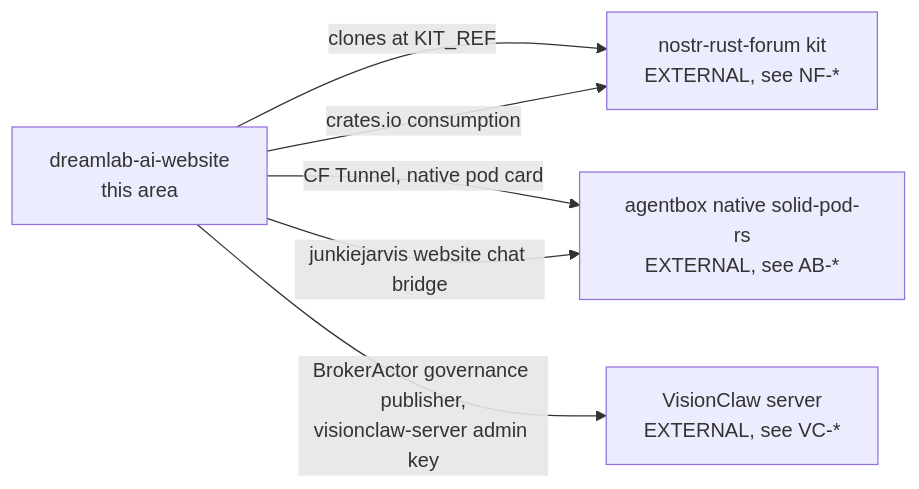
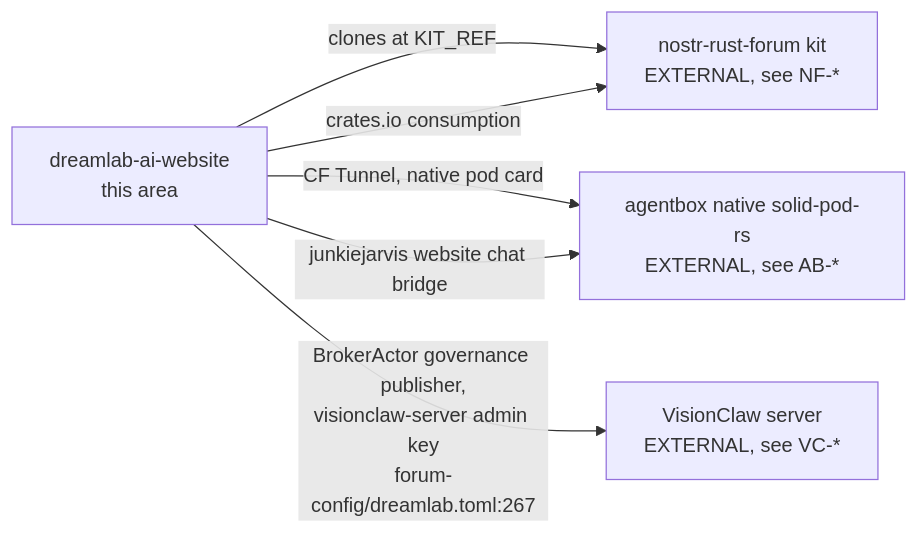
One commit to DreamLab-AI/VisionFlow changed the eighth of 8 diagrams in docs/diagrams/dreamlab-ai-website/01-repo-composition-and-deploy-topology.md. Above: the diagram before and after it, drawn with Mermaid. The commit also changed other lines of this file and 185 other files, not shown here.

Commit message:
docs(estate): reconcile diagrams and ADRs with source and define closeout sprint

````diff
--- a/docs/diagrams/dreamlab-ai-website/01-repo-composition-and-deploy-topology.md
+++ b/docs/diagrams/dreamlab-ai-website/01-repo-composition-and-deploy-topology.md
@@ -121,8 +128,8 @@
 ```mermaid
 flowchart LR
     DW["dreamlab-ai-website<br/>this area"] -->|"clones at KIT_REF"| NF["nostr-rust-forum kit<br/>EXTERNAL, see NF-*"]
     DW -->|"crates.io consumption"| NF
     DW -->|"CF Tunnel, native pod card"| AB["agentbox native solid-pod-rs<br/>EXTERNAL, see AB-*"]
-    DW -->|"BrokerActor governance publisher,<br/>visionclaw-server admin key"| VC["VisionClaw server<br/>EXTERNAL, see VC-*"]
+    DW -->|"BrokerActor governance publisher,<br/>visionclaw-server admin key<br/>forum-config/dreamlab.toml:267"| VC["VisionClaw server<br/>EXTERNAL, see VC-*"]
     DW -->|"junkiejarvis website chat bridge"| AB
 ```
````
